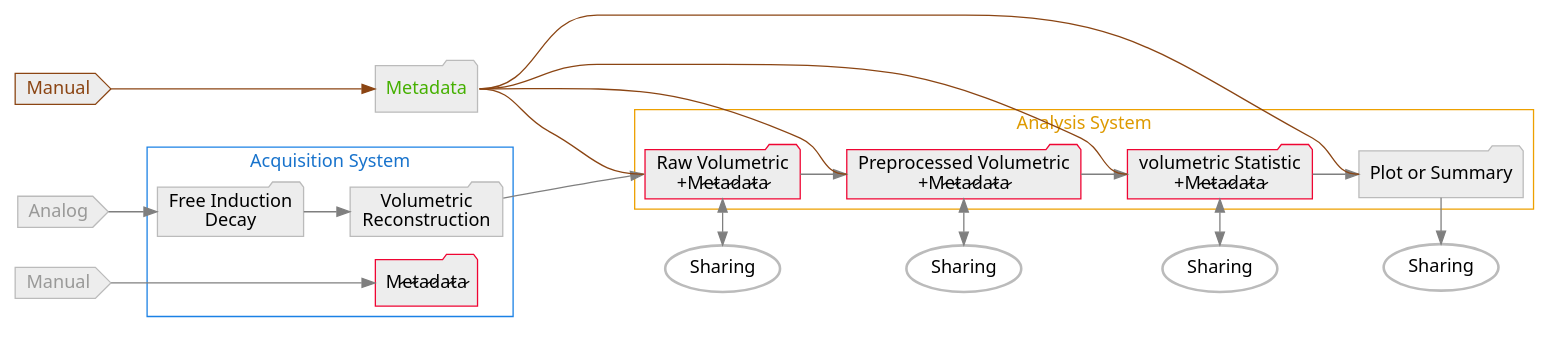
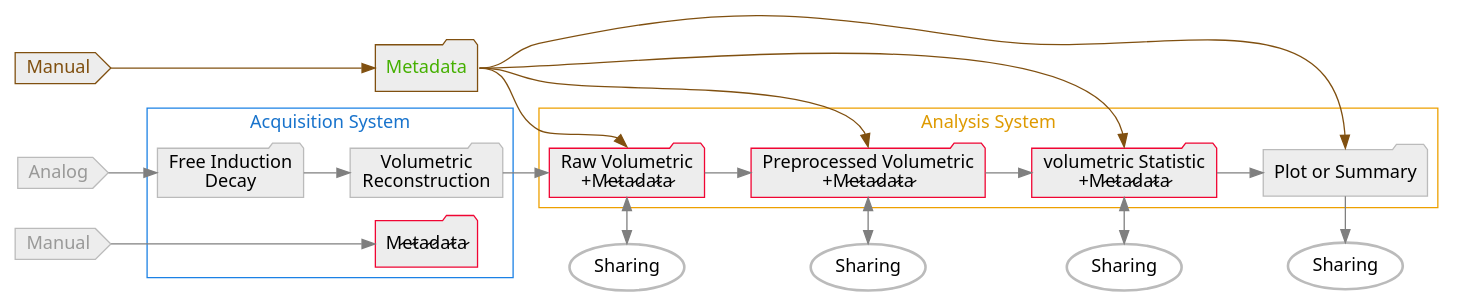
The diagram in data/metadata_bad.dot (Jimmy2027/mlebe_RepSep), drawn with Graphviz before and after one commit.

Commit message:
Improved visual appearance

```diff
--- a/data/metadata_bad.dot
+++ b/data/metadata_bad.dot
@@ -1,60 +1,60 @@
 digraph graphname {
     newrank = true;
-    size="26,10";
+    size="26,12";
     rankdir="LR";
     graph [fontname = "sans"];
     node [fontname = "sans", style=filled];
     edge [fontname = "sans", color=gray50];
     d_[label="Sharing", style="bold, rounded", color="#BBBBBB"];
     e_[label="Sharing", style="bold, rounded", color="#BBBBBB"];
     f_[label="Sharing", style="bold, rounded", color="#BBBBBB"];
     g_[label="Sharing", style="bold, rounded", color="#BBBBBB"];
     a[label="Analog  ", shape=cds, color="#BBBBBB", fillcolor=grey93, fontcolor="#999998"];
     b[label="Free Induction\nDecay", shape=folder, color="#BBBBBB", fillcolor=grey93];
     c[label="Volumetric\nReconstruction", shape=folder, color="#BBBBBB", fillcolor=grey93];
-    d[label="Raw Volumetric\n +M̷e̷t̷a̷d̷a̷t̷a̷", shape=folder, color="#EF0533", fillcolor=grey93];
-    e[label="Preprocessed Volumetric\n +M̷e̷t̷a̷d̷a̷t̷a̷", shape=folder, color="#EF0533", fillcolor=grey93];
-    f[label="volumetric Statistic\n +M̷e̷t̷a̷d̷a̷t̷a̷", shape=folder, color="#EF0533", fillcolor=grey93];
+    d[label="Raw Volumetric\n +M̷e̷t̷a̷d̷a̷t̷a̷", shape=folder, color="#F00533", fillcolor=grey93];
+    e[label="Preprocessed Volumetric\n +M̷e̷t̷a̷d̷a̷t̷a̷", shape=folder, color="#F00533", fillcolor=grey93];
+    f[label="volumetric Statistic\n +M̷e̷t̷a̷d̷a̷t̷a̷", shape=folder, color="#F00533", fillcolor=grey93];
     g[label="Plot or Summary", shape=folder, color="#BBBBBB", fillcolor=grey93];
     m0[label="Manual  ", shape=cds, color="#BBBBBB", fillcolor=grey93, fontcolor="#999998"];
-    m1[label="M̷e̷t̷a̷d̷a̷t̷a̷", shape=folder, color="#EF0533", fillcolor=grey93];
+    m1[label="M̷e̷t̷a̷d̷a̷t̷a̷", shape=folder, color="#F00533", fillcolor=grey93];
     m_bad[
         label=<<FONT COLOR="#45B000">Metadata</FONT>>,
-        shape=folder, color="#BBBBBB", fillcolor=grey93,
+        shape=folder, color="#805010", fillcolor=grey93,
         ];
-    m0_bad[label="Manual  ", shape=cds, color="#8B4513", fillcolor=grey93, fontcolor="#8B4513"];
+    m0_bad[label="Manual  ", shape=cds, color="#805010", fillcolor=grey93, fontcolor="#805010"];
     
     m0 -> m1 ;
-    m0_bad -> m_bad[color="#8B4513"];
-    m_bad:e -> d:w[minlen=3, arrowhead=none, color="#8B4513"];
-    m_bad:e -> e:w[arrowhead=none, color="#8B4513"];
-    m_bad:e -> f:w[arrowhead=none, color="#8B4513"];
-    m_bad:e -> g:w[arrowhead=none, color="#8B4513"];
+    m0_bad -> m_bad[color="#805010"];
+    m_bad:e -> d:n[color="#805010"];
+    m_bad:e -> e:n[color="#805010"];
+    m_bad:e -> f:n[color="#805010"];
+    m_bad:e -> g:n[color="#805010"];
     a -> b ;
     subgraph cluster1 {
         b -> c ;
         m1;
         label = "Acquisition System";
         fontcolor = "#1873cc";
         color = "#1b81e5";
     }
     c -> d:w ;
     subgraph cluster2 {
         d -> e ;
         e -> f ;
         f -> g ;
         label = "Analysis System";
         fontcolor = "#DE9A00";
         color = "#EDA000";
     }
     d -> d_ [dir=both, minlen=2];
     e -> e_ [dir=both, minlen=2];
     f -> f_ [dir=both, minlen=2];
     g -> g_ [minlen=2];
     {rank=same; a; m0; m0_bad}
     {rank=same; c; m1; m_bad}
     {rank=same; d; d_}
     {rank=same; e; e_}
     {rank=same; f; f_}
     {rank=same; g; g_}
 }
```
